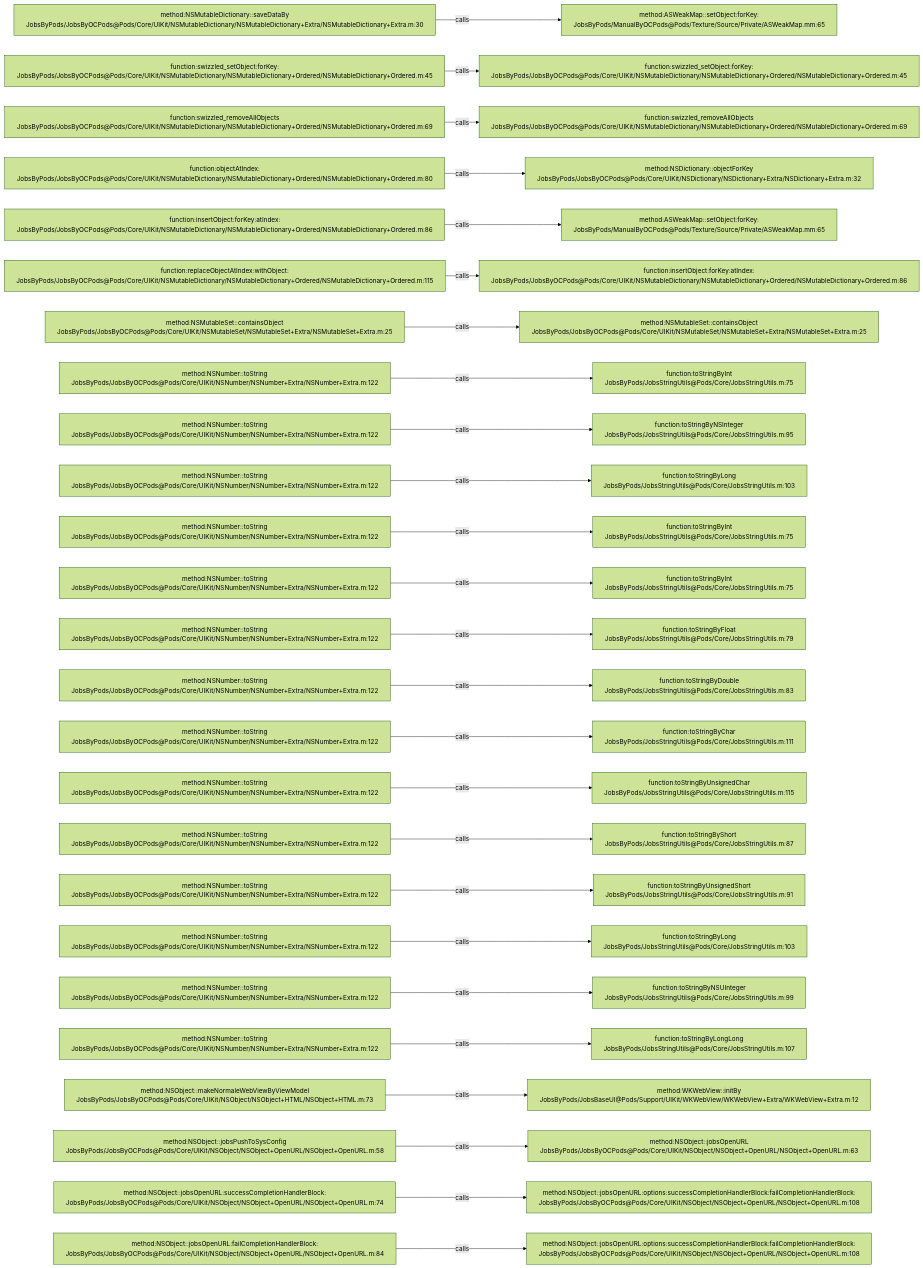
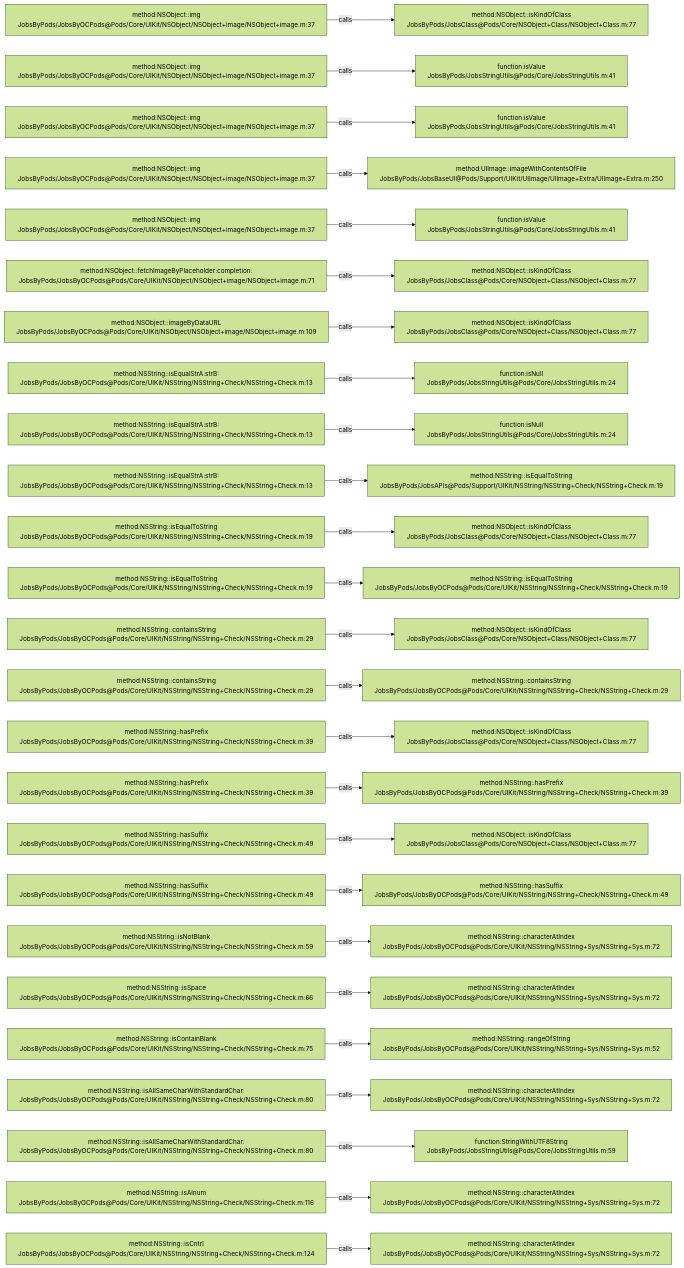
One commit to JobsKits/JobsOCBaseConfigDemo changed the diagram in .codegraph/codegraph.md/graphs/calls-053.md. Above: the diagram before and after it, drawn with Mermaid (forest theme). The commit also changed 639 other files, not shown here.

````diff
--- a/.codegraph/codegraph.md/graphs/calls-053.md
+++ b/.codegraph/codegraph.md/graphs/calls-053.md
@@ -13,78 +13,78 @@
 ```mermaid
 flowchart LR
-  S1["method:NSMutableDictionary::saveDataBy<br/>JobsByPods/JobsByOCPods@Pods/Core/UIKit/NSMutableDictionary/NSMutableDictionary+Extra/NSMutableDictionary+Extra.m:30"]
-  T1["method:ASWeakMap::setObject:forKey:<br/>JobsByPods/ManualByOCPods@Pods/Texture/Source/Private/ASWeakMap.mm:65"]
+  S1["method:NSObject::img<br/>JobsByPods/JobsByOCPods@Pods/Core/UIKit/NSObject/NSObject+image/NSObject+image.m:37"]
+  T1["method:NSObject::isKindOfClass<br/>JobsByPods/JobsClass@Pods/Core/NSObject+Class/NSObject+Class.m:77"]
   S1 -->|calls| T1
-  S2["function:swizzled_setObject:forKey:<br/>JobsByPods/JobsByOCPods@Pods/Core/UIKit/NSMutableDictionary/NSMutableDictionary+Ordered/NSMutableDictionary+Ordered.m:45"]
-  T2["function:swizzled_setObject:forKey:<br/>JobsByPods/JobsByOCPods@Pods/Core/UIKit/NSMutableDictionary/NSMutableDictionary+Ordered/NSMutableDictionary+Ordered.m:45"]
+  S2["method:NSObject::img<br/>JobsByPods/JobsByOCPods@Pods/Core/UIKit/NSObject/NSObject+image/NSObject+image.m:37"]
+  T2["function:isValue<br/>JobsByPods/JobsStringUtils@Pods/Core/JobsStringUtils.m:41"]
   S2 -->|calls| T2
-  S3["function:swizzled_removeAllObjects<br/>JobsByPods/JobsByOCPods@Pods/Core/UIKit/NSMutableDictionary/NSMutableDictionary+Ordered/NSMutableDictionary+Ordered.m:69"]
-  T3["function:swizzled_removeAllObjects<br/>JobsByPods/JobsByOCPods@Pods/Core/UIKit/NSMutableDictionary/NSMutableDictionary+Ordered/NSMutableDictionary+Ordered.m:69"]
+  S3["method:NSObject::img<br/>JobsByPods/JobsByOCPods@Pods/Core/UIKit/NSObject/NSObject+image/NSObject+image.m:37"]
+  T3["function:isValue<br/>JobsByPods/JobsStringUtils@Pods/Core/JobsStringUtils.m:41"]
   S3 -->|calls| T3
-  S4["function:objectAtIndex:<br/>JobsByPods/JobsByOCPods@Pods/Core/UIKit/NSMutableDictionary/NSMutableDictionary+Ordered/NSMutableDictionary+Ordered.m:80"]
-  T4["method:NSDictionary::objectForKey<br/>JobsByPods/JobsByOCPods@Pods/Core/UIKit/NSDictionary/NSDictionary+Extra/NSDictionary+Extra.m:32"]
+  S4["method:NSObject::img<br/>JobsByPods/JobsByOCPods@Pods/Core/UIKit/NSObject/NSObject+image/NSObject+image.m:37"]
+  T4["method:UIImage::imageWithContentsOfFile<br/>JobsByPods/JobsBaseUI@Pods/Support/UIKit/UIImage/UIImage+Extra/UIImage+Extra.m:250"]
   S4 -->|calls| T4
-  S5["function:insertObject:forKey:atIndex:<br/>JobsByPods/JobsByOCPods@Pods/Core/UIKit/NSMutableDictionary/NSMutableDictionary+Ordered/NSMutableDictionary+Ordered.m:86"]
-  T5["method:ASWeakMap::setObject:forKey:<br/>JobsByPods/ManualByOCPods@Pods/Texture/Source/Private/ASWeakMap.mm:65"]
+  S5["method:NSObject::img<br/>JobsByPods/JobsByOCPods@Pods/Core/UIKit/NSObject/NSObject+image/NSObject+image.m:37"]
+  T5["function:isValue<br/>JobsByPods/JobsStringUtils@Pods/Core/JobsStringUtils.m:41"]
   S5 -->|calls| T5
-  S6["function:replaceObjectAtIndex:withObject:<br/>JobsByPods/JobsByOCPods@Pods/Core/UIKit/NSMutableDictionary/NSMutableDictionary+Ordered/NSMutableDictionary+Ordered.m:115"]
-  T6["function:insertObject:forKey:atIndex:<br/>JobsByPods/JobsByOCPods@Pods/Core/UIKit/NSMutableDictionary/NSMutableDictionary+Ordered/NSMutableDictionary+Ordered.m:86"]
+  S6["method:NSObject::fetchImageByPlaceholder:completion:<br/>JobsByPods/JobsByOCPods@Pods/Core/UIKit/NSObject/NSObject+image/NSObject+image.m:71"]
+  T6["method:NSObject::isKindOfClass<br/>JobsByPods/JobsClass@Pods/Core/NSObject+Class/NSObject+Class.m:77"]
   S6 -->|calls| T6
-  S7["method:NSMutableSet::containsObject<br/>JobsByPods/JobsByOCPods@Pods/Core/UIKit/NSMutableSet/NSMutableSet+Extra/NSMutableSet+Extra.m:25"]
-  T7["method:NSMutableSet::containsObject<br/>JobsByPods/JobsByOCPods@Pods/Core/UIKit/NSMutableSet/NSMutableSet+Extra/NSMutableSet+Extra.m:25"]
+  S7["method:NSObject::imageByDataURL<br/>JobsByPods/JobsByOCPods@Pods/Core/UIKit/NSObject/NSObject+image/NSObject+image.m:109"]
+  T7["method:NSObject::isKindOfClass<br/>JobsByPods/JobsClass@Pods/Core/NSObject+Class/NSObject+Class.m:77"]
   S7 -->|calls| T7
-  S8["method:NSNumber::toString<br/>JobsByPods/JobsByOCPods@Pods/Core/UIKit/NSNumber/NSNumber+Extra/NSNumber+Extra.m:122"]
-  T8["function:toStringByInt<br/>JobsByPods/JobsStringUtils@Pods/Core/JobsStringUtils.m:75"]
+  S8["method:NSString::isEqualStrA:strB:<br/>JobsByPods/JobsByOCPods@Pods/Core/UIKit/NSString/NSString+Check/NSString+Check.m:13"]
+  T8["function:isNull<br/>JobsByPods/JobsStringUtils@Pods/Core/JobsStringUtils.m:24"]
   S8 -->|calls| T8
-  S9["method:NSNumber::toString<br/>JobsByPods/JobsByOCPods@Pods/Core/UIKit/NSNumber/NSNumber+Extra/NSNumber+Extra.m:122"]
-  T9["function:toStringByNSInteger<br/>JobsByPods/JobsStringUtils@Pods/Core/JobsStringUtils.m:95"]
+  S9["method:NSString::isEqualStrA:strB:<br/>JobsByPods/JobsByOCPods@Pods/Core/UIKit/NSString/NSString+Check/NSString+Check.m:13"]
+  T9["function:isNull<br/>JobsByPods/JobsStringUtils@Pods/Core/JobsStringUtils.m:24"]
   S9 -->|calls| T9
-  S10["method:NSNumber::toString<br/>JobsByPods/JobsByOCPods@Pods/Core/UIKit/NSNumber/NSNumber+Extra/NSNumber+Extra.m:122"]
-  T10["function:toStringByLong<br/>JobsByPods/JobsStringUtils@Pods/Core/JobsStringUtils.m:103"]
+  S10["method:NSString::isEqualStrA:strB:<br/>JobsByPods/JobsByOCPods@Pods/Core/UIKit/NSString/NSString+Check/NSString+Check.m:13"]
+  T10["method:NSString::isEqualToString<br/>JobsByPods/JobsAPIs@Pods/Support/UIKit/NSString/NSString+Check/NSString+Check.m:19"]
   S10 -->|calls| T10
-  S11["method:NSNumber::toString<br/>JobsByPods/JobsByOCPods@Pods/Core/UIKit/NSNumber/NSNumber+Extra/NSNumber+Extra.m:122"]
-  T11["function:toStringByInt<br/>JobsByPods/JobsStringUtils@Pods/Core/JobsStringUtils.m:75"]
+  S11["method:NSString::isEqualToString<br/>JobsByPods/JobsByOCPods@Pods/Core/UIKit/NSString/NSString+Check/NSString+Check.m:19"]
+  T11["method:NSObject::isKindOfClass<br/>JobsByPods/JobsClass@Pods/Core/NSObject+Class/NSObject+Class.m:77"]
   S11 -->|calls| T11
-  S12["method:NSNumber::toString<br/>JobsByPods/JobsByOCPods@Pods/Core/UIKit/NSNumber/NSNumber+Extra/NSNumber+Extra.m:122"]
-  T12["function:toStringByInt<br/>JobsByPods/JobsStringUtils@Pods/Core/JobsStringUtils.m:75"]
+  S12["method:NSString::isEqualToString<br/>JobsByPods/JobsByOCPods@Pods/Core/UIKit/NSString/NSString+Check/NSString+Check.m:19"]
+  T12["method:NSString::isEqualToString<br/>JobsByPods/JobsByOCPods@Pods/Core/UIKit/NSString/NSString+Check/NSString+Check.m:19"]
   S12 -->|calls| T12
-  S13["method:NSNumber::toString<br/>JobsByPods/JobsByOCPods@Pods/Core/UIKit/NSNumber/NSNumber+Extra/NSNumber+Extra.m:122"]
-  T13["function:toStringByFloat<br/>JobsByPods/JobsStringUtils@Pods/Core/JobsStringUtils.m:79"]
+  S13["method:NSString::containsString<br/>JobsByPods/JobsByOCPods@Pods/Core/UIKit/NSString/NSString+Check/NSString+Check.m:29"]
+  T13["method:NSObject::isKindOfClass<br/>JobsByPods/JobsClass@Pods/Core/NSObject+Class/NSObject+Class.m:77"]
   S13 -->|calls| T13
-  S14["method:NSNumber::toString<br/>JobsByPods/JobsByOCPods@Pods/Core/UIKit/NSNumber/NSNumber+Extra/NSNumber+Extra.m:122"]
-  T14["function:toStringByDouble<br/>JobsByPods/JobsStringUtils@Pods/Core/JobsStringUtils.m:83"]
+  S14["method:NSString::containsString<br/>JobsByPods/JobsByOCPods@Pods/Core/UIKit/NSString/NSString+Check/NSString+Check.m:29"]
+  T14["method:NSString::containsString<br/>JobsByPods/JobsByOCPods@Pods/Core/UIKit/NSString/NSString+Check/NSString+Check.m:29"]
   S14 -->|calls| T14
-  S15["method:NSNumber::toString<br/>JobsByPods/JobsByOCPods@Pods/Core/UIKit/NSNumber/NSNumber+Extra/NSNumber+Extra.m:122"]
-  T15["function:toStringByChar<br/>JobsByPods/JobsStringUtils@Pods/Core/JobsStringUtils.m:111"]
+  S15["method:NSString::hasPrefix<br/>JobsByPods/JobsByOCPods@Pods/Core/UIKit/NSString/NSString+Check/NSString+Check.m:39"]
+  T15["method:NSObject::isKindOfClass<br/>JobsByPods/JobsClass@Pods/Core/NSObject+Class/NSObject+Class.m:77"]
   S15 -->|calls| T15
-  S16["method:NSNumber::toString<br/>JobsByPods/JobsByOCPods@Pods/Core/UIKit/NSNumber/NSNumber+Extra/NSNumber+Extra.m:122"]
-  T16["function:toStringByUnsignedChar<br/>JobsByPods/JobsStringUtils@Pods/Core/JobsStringUtils.m:115"]
+  S16["method:NSString::hasPrefix<br/>JobsByPods/JobsByOCPods@Pods/Core/UIKit/NSString/NSString+Check/NSString+Check.m:39"]
+  T16["method:NSString::hasPrefix<br/>JobsByPods/JobsByOCPods@Pods/Core/UIKit/NSString/NSString+Check/NSString+Check.m:39"]
   S16 -->|calls| T16
-  S17["method:NSNumber::toString<br/>JobsByPods/JobsByOCPods@Pods/Core/UIKit/NSNumber/NSNumber+Extra/NSNumber+Extra.m:122"]
-  T17["function:toStringByShort<br/>JobsByPods/JobsStringUtils@Pods/Core/JobsStringUtils.m:87"]
+  S17["method:NSString::hasSuffix<br/>JobsByPods/JobsByOCPods@Pods/Core/UIKit/NSString/NSString+Check/NSString+Check.m:49"]
+  T17["method:NSObject::isKindOfClass<br/>JobsByPods/JobsClass@Pods/Core/NSObject+Class/NSObject+Class.m:77"]
   S17 -->|calls| T17
-  S18["method:NSNumber::toString<br/>JobsByPods/JobsByOCPods@Pods/Core/UIKit/NSNumber/NSNumber+Extra/NSNumber+Extra.m:122"]
-  T18["function:toStringByUnsignedShort<br/>JobsByPods/JobsStringUtils@Pods/Core/JobsStringUtils.m:91"]
+  S18["method:NSString::hasSuffix<br/>JobsByPods/JobsByOCPods@Pods/Core/UIKit/NSString/NSString+Check/NSString+Check.m:49"]
+  T18["method:NSString::hasSuffix<br/>JobsByPods/JobsByOCPods@Pods/Core/UIKit/NSString/NSString+Check/NSString+Check.m:49"]
   S18 -->|calls| T18
-  S19["method:NSNumber::toString<br/>JobsByPods/JobsByOCPods@Pods/Core/UIKit/NSNumber/NSNumber+Extra/NSNumber+Extra.m:122"]
-  T19["function:toStringByLong<br/>JobsByPods/JobsStringUtils@Pods/Core/JobsStringUtils.m:103"]
+  S19["method:NSString::isNotBlank<br/>JobsByPods/JobsByOCPods@Pods/Core/UIKit/NSString/NSString+Check/NSString+Check.m:59"]
+  T19["method:NSString::characterAtIndex<br/>JobsByPods/JobsByOCPods@Pods/Core/UIKit/NSString/NSString+Sys/NSString+Sys.m:72"]
   S19 -->|calls| T19
-  S20["method:NSNumber::toString<br/>JobsByPods/JobsByOCPods@Pods/Core/UIKit/NSNumber/NSNumber+Extra/NSNumber+Extra.m:122"]
-  T20["function:toStringByNSUInteger<br/>JobsByPods/JobsStringUtils@Pods/Core/JobsStringUtils.m:99"]
+  S20["method:NSString::isSpace<br/>JobsByPods/JobsByOCPods@Pods/Core/UIKit/NSString/NSString+Check/NSString+Check.m:66"]
+  T20["method:NSString::characterAtIndex<br/>JobsByPods/JobsByOCPods@Pods/Core/UIKit/NSString/NSString+Sys/NSString+Sys.m:72"]
   S20 -->|calls| T20
-  S21["method:NSNumber::toString<br/>JobsByPods/JobsByOCPods@Pods/Core/UIKit/NSNumber/NSNumber+Extra/NSNumber+Extra.m:122"]
-  T21["function:toStringByLongLong<br/>JobsByPods/JobsStringUtils@Pods/Core/JobsStringUtils.m:107"]
+  S21["method:NSString::isContainBlank<br/>JobsByPods/JobsByOCPods@Pods/Core/UIKit/NSString/NSString+Check/NSString+Check.m:75"]
+  T21["method:NSString::rangeOfString<br/>JobsByPods/JobsByOCPods@Pods/Core/UIKit/NSString/NSString+Sys/NSString+Sys.m:52"]
   S21 -->|calls| T21
-  S22["method:NSObject::makeNormaleWebViewByViewModel<br/>JobsByPods/JobsByOCPods@Pods/Core/UIKit/NSObject/NSObject+HTML/NSObject+HTML.m:73"]
-  T22["method:WKWebView::initBy<br/>JobsByPods/JobsBaseUI@Pods/Support/UIKit/WKWebView/WKWebView+Extra/WKWebView+Extra.m:12"]
+  S22["method:NSString::isAllSameCharWithStandardChar:<br/>JobsByPods/JobsByOCPods@Pods/Core/UIKit/NSString/NSString+Check/NSString+Check.m:80"]
+  T22["method:NSString::characterAtIndex<br/>JobsByPods/JobsByOCPods@Pods/Core/UIKit/NSString/NSString+Sys/NSString+Sys.m:72"]
   S22 -->|calls| T22
-  S23["method:NSObject::jobsPushToSysConfig<br/>JobsByPods/JobsByOCPods@Pods/Core/UIKit/NSObject/NSObject+OpenURL/NSObject+OpenURL.m:58"]
-  T23["method:NSObject::jobsOpenURL<br/>JobsByPods/JobsByOCPods@Pods/Core/UIKit/NSObject/NSObject+OpenURL/NSObject+OpenURL.m:63"]
+  S23["method:NSString::isAllSameCharWithStandardChar:<br/>JobsByPods/JobsByOCPods@Pods/Core/UIKit/NSString/NSString+Check/NSString+Check.m:80"]
+  T23["function:StringWithUTF8String<br/>JobsByPods/JobsStringUtils@Pods/Core/JobsStringUtils.m:59"]
   S23 -->|calls| T23
-  S24["method:NSObject::jobsOpenURL:successCompletionHandlerBlock:<br/>JobsByPods/JobsByOCPods@Pods/Core/UIKit/NSObject/NSObject+OpenURL/NSObject+OpenURL.m:74"]
-  T24["method:NSObject::jobsOpenURL:options:successCompletionHandlerBlock:failCompletionHandlerBlock:<br/>JobsByPods/JobsByOCPods@Pods/Core/UIKit/NSObject/NSObject+OpenURL/NSObject+OpenURL.m:108"]
+  S24["method:NSString::isAlnum<br/>JobsByPods/JobsByOCPods@Pods/Core/UIKit/NSString/NSString+Check/NSString+Check.m:116"]
+  T24["method:NSString::characterAtIndex<br/>JobsByPods/JobsByOCPods@Pods/Core/UIKit/NSString/NSString+Sys/NSString+Sys.m:72"]
   S24 -->|calls| T24
-  S25["method:NSObject::jobsOpenURL:failCompletionHandlerBlock:<br/>JobsByPods/JobsByOCPods@Pods/Core/UIKit/NSObject/NSObject+OpenURL/NSObject+OpenURL.m:84"]
-  T25["method:NSObject::jobsOpenURL:options:successCompletionHandlerBlock:failCompletionHandlerBlock:<br/>JobsByPods/JobsByOCPods@Pods/Core/UIKit/NSObject/NSObject+OpenURL/NSObject+OpenURL.m:108"]
+  S25["method:NSString::isCntrl<br/>JobsByPods/JobsByOCPods@Pods/Core/UIKit/NSString/NSString+Check/NSString+Check.m:124"]
+  T25["method:NSString::characterAtIndex<br/>JobsByPods/JobsByOCPods@Pods/Core/UIKit/NSString/NSString+Sys/NSString+Sys.m:72"]
   S25 -->|calls| T25
 ```
````
